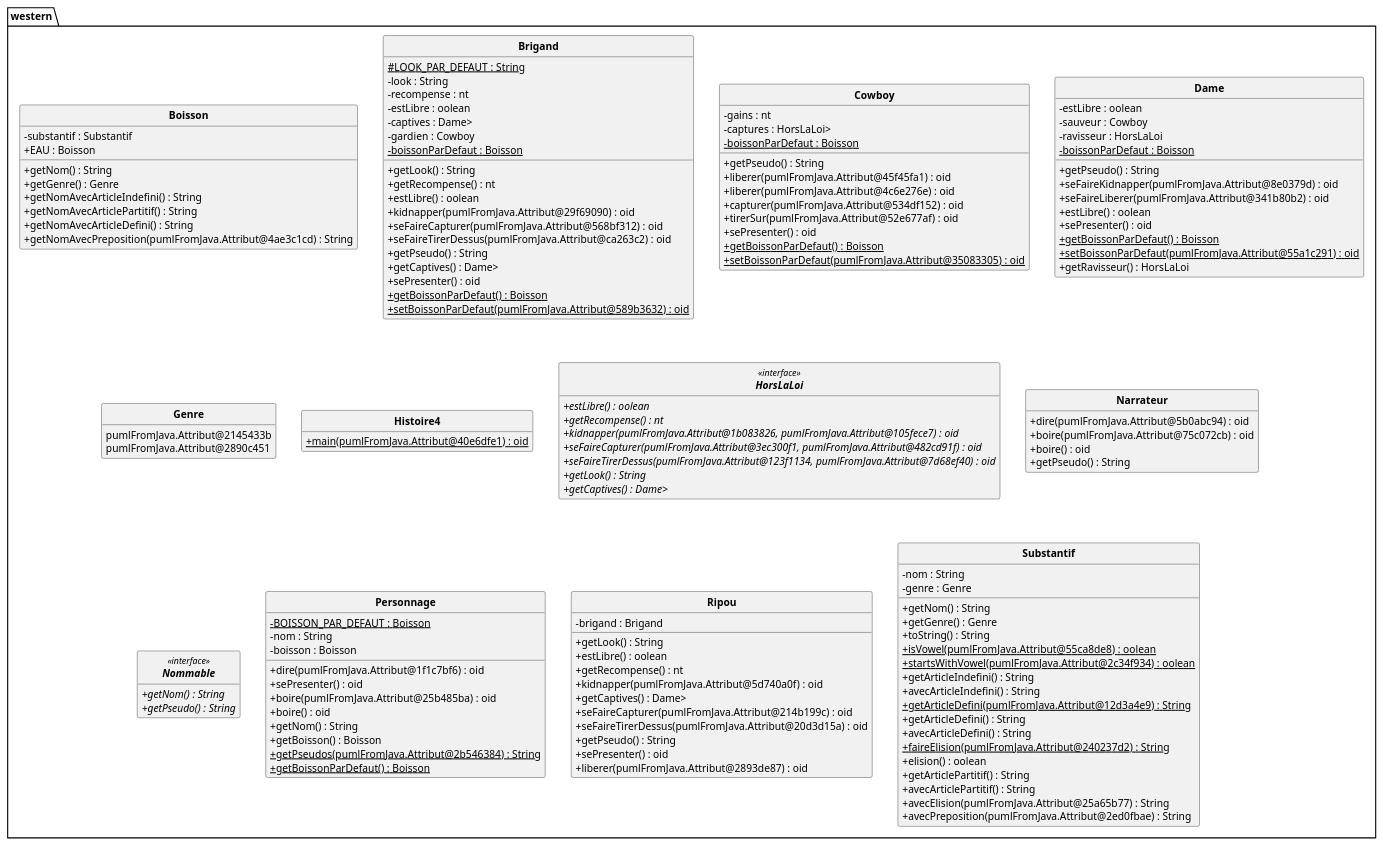
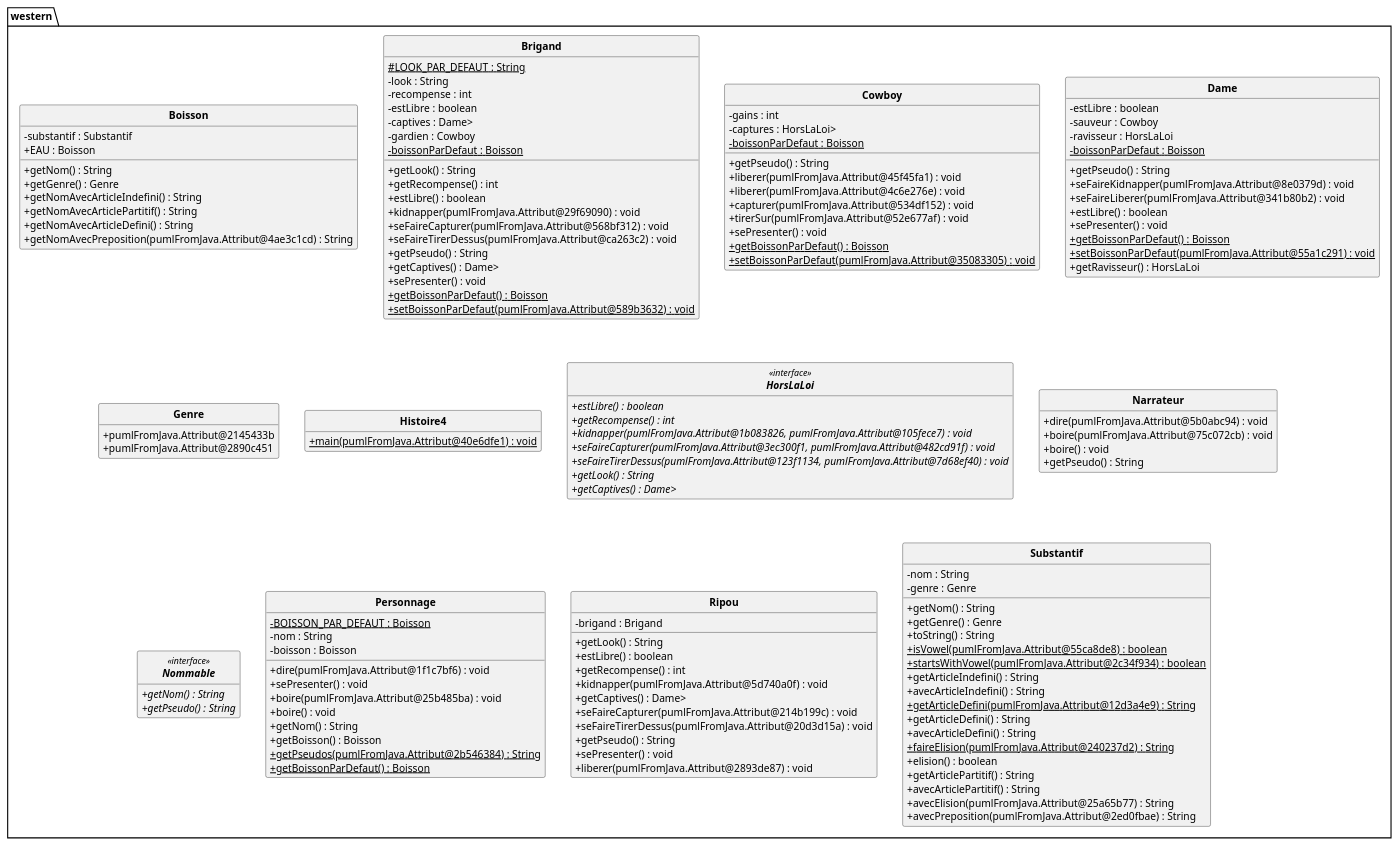
One commit to DimToups/Java-to-PUML-converter changed the diagram in out/production/p21_projet/pumlFromJava/westernClass.puml. Above: the diagram before and after it, drawn with PlantUML. The commit also changed 8 other files, not shown here.

```diff
--- a/out/production/p21_projet/pumlFromJava/westernClass.puml
+++ b/out/production/p21_projet/pumlFromJava/westernClass.puml
@@ -1,153 +1,153 @@
 @startuml
 'https://plantuml.com/class-diagram
 skinparam style strictuml
 skinparam classAttributeIconSize 0
 skinparam classFontStyle Bold
 
 hide empty members
 
 package western{
 class Boisson{
 - substantif : Substantif
 + EAU : Boisson
 + getNom() : String
 + getGenre() : Genre
 + getNomAvecArticleIndefini() : String
 + getNomAvecArticlePartitif() : String
 + getNomAvecArticleDefini() : String
 + getNomAvecPreposition(pumlFromJava.Attribut@4ae3c1cd) : String
 }
 
 class Brigand{
 # LOOK_PAR_DEFAUT : String {static}
 - look : String
-- recompense : nt
-- estLibre : oolean
+- recompense : int
+- estLibre : boolean
 - captives : Dame>
 - gardien : Cowboy
 - boissonParDefaut : Boisson {static}
 + getLook() : String
-+ getRecompense() : nt
-+ estLibre() : oolean
-+ kidnapper(pumlFromJava.Attribut@29f69090) : oid
-+ seFaireCapturer(pumlFromJava.Attribut@568bf312) : oid
-+ seFaireTirerDessus(pumlFromJava.Attribut@ca263c2) : oid
++ getRecompense() : int
++ estLibre() : boolean
++ kidnapper(pumlFromJava.Attribut@29f69090) : void
++ seFaireCapturer(pumlFromJava.Attribut@568bf312) : void
++ seFaireTirerDessus(pumlFromJava.Attribut@ca263c2) : void
 + getPseudo() : String
 + getCaptives() : Dame>
-+ sePresenter() : oid
++ sePresenter() : void
 + getBoissonParDefaut() {static} : Boisson
-+ setBoissonParDefaut(pumlFromJava.Attribut@589b3632) {static} : oid
++ setBoissonParDefaut(pumlFromJava.Attribut@589b3632) {static} : void
 }
 
 class Cowboy{
-- gains : nt
+- gains : int
 - captures : HorsLaLoi>
 - boissonParDefaut : Boisson {static}
 + getPseudo() : String
-+ liberer(pumlFromJava.Attribut@45f45fa1) : oid
-+ liberer(pumlFromJava.Attribut@4c6e276e) : oid
-+ capturer(pumlFromJava.Attribut@534df152) : oid
-+ tirerSur(pumlFromJava.Attribut@52e677af) : oid
-+ sePresenter() : oid
++ liberer(pumlFromJava.Attribut@45f45fa1) : void
++ liberer(pumlFromJava.Attribut@4c6e276e) : void
++ capturer(pumlFromJava.Attribut@534df152) : void
++ tirerSur(pumlFromJava.Attribut@52e677af) : void
++ sePresenter() : void
 + getBoissonParDefaut() {static} : Boisson
-+ setBoissonParDefaut(pumlFromJava.Attribut@35083305) {static} : oid
++ setBoissonParDefaut(pumlFromJava.Attribut@35083305) {static} : void
 }
 
 class Dame{
-- estLibre : oolean
+- estLibre : boolean
 - sauveur : Cowboy
 - ravisseur : HorsLaLoi
 - boissonParDefaut : Boisson {static}
 + getPseudo() : String
-+ seFaireKidnapper(pumlFromJava.Attribut@8e0379d) : oid
-+ seFaireLiberer(pumlFromJava.Attribut@341b80b2) : oid
-+ estLibre() : oolean
-+ sePresenter() : oid
++ seFaireKidnapper(pumlFromJava.Attribut@8e0379d) : void
++ seFaireLiberer(pumlFromJava.Attribut@341b80b2) : void
++ estLibre() : boolean
++ sePresenter() : void
 + getBoissonParDefaut() {static} : Boisson
-+ setBoissonParDefaut(pumlFromJava.Attribut@55a1c291) {static} : oid
++ setBoissonParDefaut(pumlFromJava.Attribut@55a1c291) {static} : void
 + getRavisseur() : HorsLaLoi
 }
 
 class Genre{
-pumlFromJava.Attribut@2145433b
-pumlFromJava.Attribut@2890c451
++ pumlFromJava.Attribut@2145433b
++ pumlFromJava.Attribut@2890c451
 }
 
 class Histoire4{
-+ main(pumlFromJava.Attribut@40e6dfe1) {static} : oid
++ main(pumlFromJava.Attribut@40e6dfe1) {static} : void
 }
 
 interface HorsLaLoi<<interface>>{
-+ estLibre() {abstract} : oolean
-+ getRecompense() {abstract} : nt
-+ kidnapper(pumlFromJava.Attribut@1b083826, pumlFromJava.Attribut@105fece7) {abstract} : oid
-+ seFaireCapturer(pumlFromJava.Attribut@3ec300f1, pumlFromJava.Attribut@482cd91f) {abstract} : oid
-+ seFaireTirerDessus(pumlFromJava.Attribut@123f1134, pumlFromJava.Attribut@7d68ef40) {abstract} : oid
++ estLibre() {abstract} : boolean
++ getRecompense() {abstract} : int
++ kidnapper(pumlFromJava.Attribut@1b083826, pumlFromJava.Attribut@105fece7) {abstract} : void
++ seFaireCapturer(pumlFromJava.Attribut@3ec300f1, pumlFromJava.Attribut@482cd91f) {abstract} : void
++ seFaireTirerDessus(pumlFromJava.Attribut@123f1134, pumlFromJava.Attribut@7d68ef40) {abstract} : void
 + getLook() {abstract} : String
 + getCaptives() {abstract} : Dame>
 }
 
 class Narrateur{
-+ dire(pumlFromJava.Attribut@5b0abc94) : oid
-+ boire(pumlFromJava.Attribut@75c072cb) : oid
-+ boire() : oid
++ dire(pumlFromJava.Attribut@5b0abc94) : void
++ boire(pumlFromJava.Attribut@75c072cb) : void
++ boire() : void
 + getPseudo() : String
 }
 
 interface Nommable<<interface>>{
 + getNom() {abstract} : String
 + getPseudo() {abstract} : String
 }
 
 class Personnage{
 - BOISSON_PAR_DEFAUT : Boisson {static}
 - nom : String
 - boisson : Boisson
-+ dire(pumlFromJava.Attribut@1f1c7bf6) : oid
-+ sePresenter() : oid
-+ boire(pumlFromJava.Attribut@25b485ba) : oid
-+ boire() : oid
++ dire(pumlFromJava.Attribut@1f1c7bf6) : void
++ sePresenter() : void
++ boire(pumlFromJava.Attribut@25b485ba) : void
++ boire() : void
 + getNom() : String
 + getBoisson() : Boisson
 + getPseudos(pumlFromJava.Attribut@2b546384) {static} : String
 + getBoissonParDefaut() {static} : Boisson
 }
 
 class Ripou{
 - brigand : Brigand
 + getLook() : String
-+ estLibre() : oolean
-+ getRecompense() : nt
-+ kidnapper(pumlFromJava.Attribut@5d740a0f) : oid
++ estLibre() : boolean
++ getRecompense() : int
++ kidnapper(pumlFromJava.Attribut@5d740a0f) : void
 + getCaptives() : Dame>
-+ seFaireCapturer(pumlFromJava.Attribut@214b199c) : oid
-+ seFaireTirerDessus(pumlFromJava.Attribut@20d3d15a) : oid
++ seFaireCapturer(pumlFromJava.Attribut@214b199c) : void
++ seFaireTirerDessus(pumlFromJava.Attribut@20d3d15a) : void
 + getPseudo() : String
-+ sePresenter() : oid
-+ liberer(pumlFromJava.Attribut@2893de87) : oid
++ sePresenter() : void
++ liberer(pumlFromJava.Attribut@2893de87) : void
 }
 
 class Substantif{
 - nom : String
 - genre : Genre
 + getNom() : String
 + getGenre() : Genre
 + toString() : String
-+ isVowel(pumlFromJava.Attribut@55ca8de8) {static} : oolean
-+ startsWithVowel(pumlFromJava.Attribut@2c34f934) {static} : oolean
++ isVowel(pumlFromJava.Attribut@55ca8de8) {static} : boolean
++ startsWithVowel(pumlFromJava.Attribut@2c34f934) {static} : boolean
 + getArticleIndefini() : String
 + avecArticleIndefini() : String
 + getArticleDefini(pumlFromJava.Attribut@12d3a4e9) {static} : String
 + getArticleDefini() : String
 + avecArticleDefini() : String
 + faireElision(pumlFromJava.Attribut@240237d2) {static} : String
-+ elision() : oolean
++ elision() : boolean
 + getArticlePartitif() : String
 + avecArticlePartitif() : String
 + avecElision(pumlFromJava.Attribut@25a65b77) : String
 + avecPreposition(pumlFromJava.Attribut@2ed0fbae) : String
 }
 
 
 }
 @enduml
```
